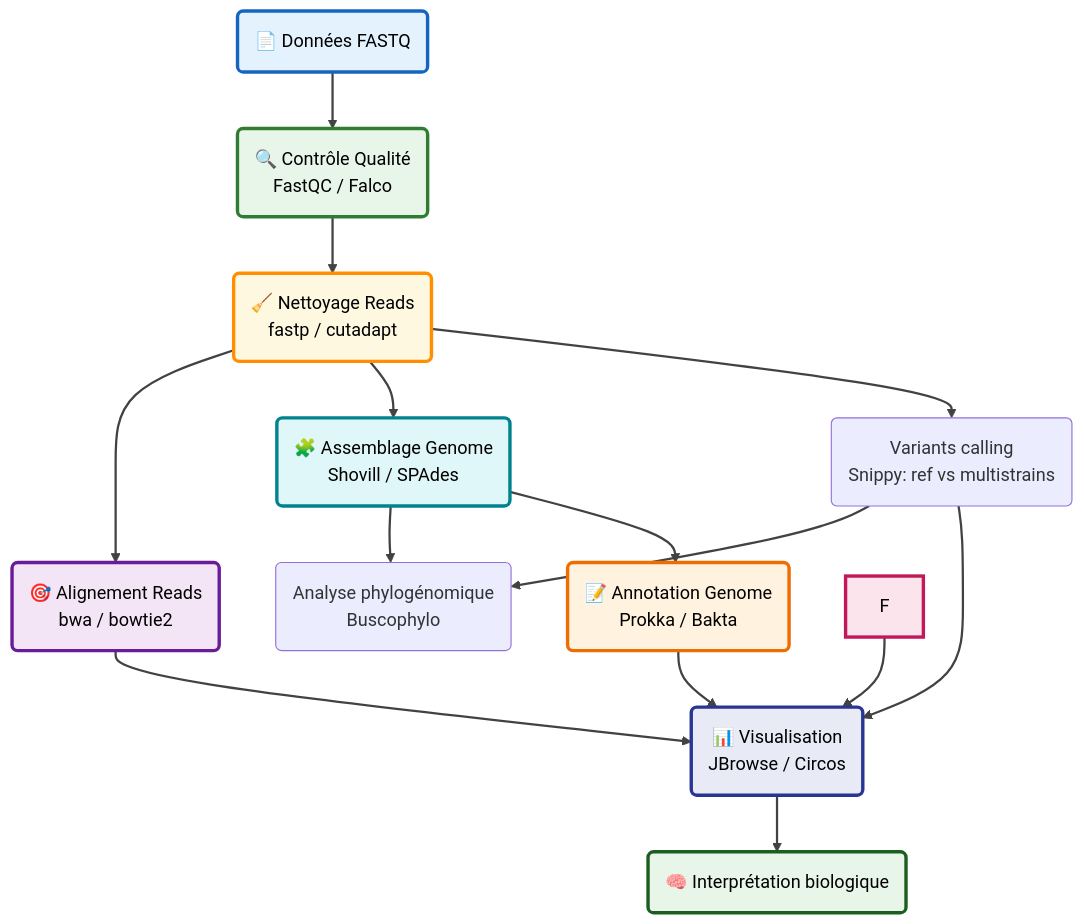
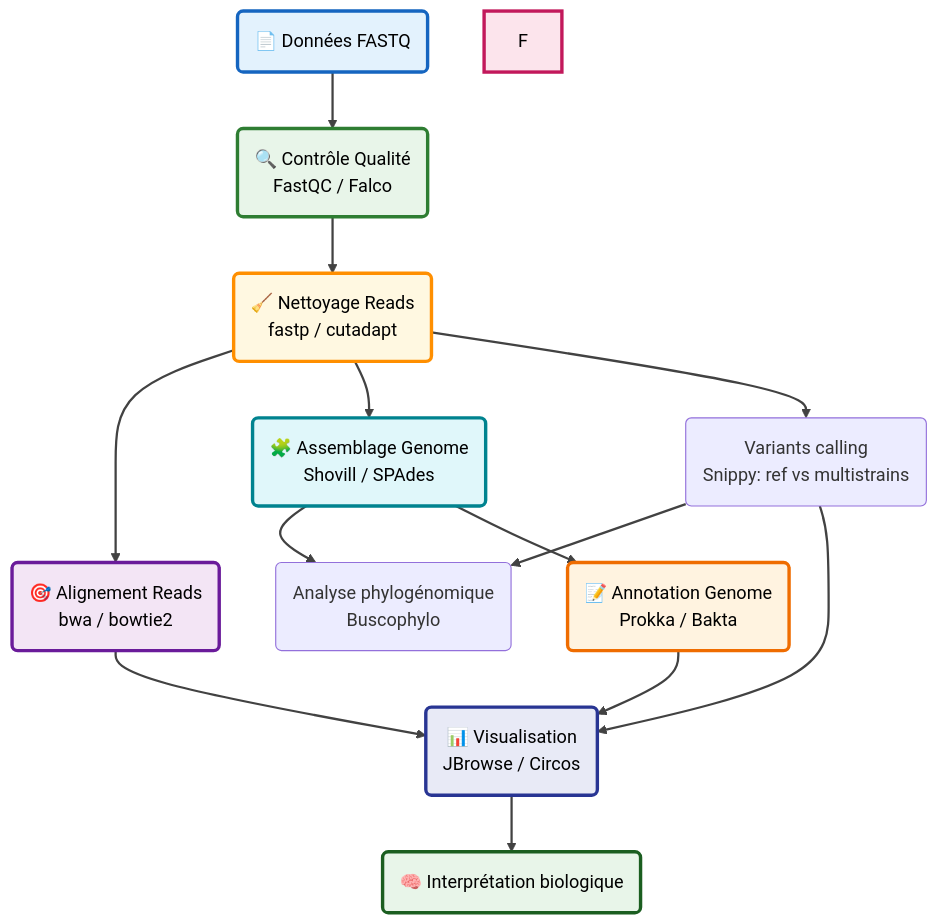
One commit to SolayMane/Bioinformatics-_On_Galaxy_2026 changed the first of 3 diagrams in Workshop_outline_ameliore.md. Above: the diagram before and after it, drawn with Mermaid.

````diff
--- a/Workshop_outline_ameliore.md
+++ b/Workshop_outline_ameliore.md
@@ -40,58 +40,57 @@
 ```mermaid
 flowchart TD
 
     A("📄 Données FASTQ")
     B("🔍 Contrôle Qualité<br/>FastQC / Falco")
     C("🧹 Nettoyage Reads<br/>fastp / cutadapt")
 
     D("🎯 Alignement Reads<br/>bwa / bowtie2")
     E("🧩 Assemblage Genome<br/>Shovill / SPAdes")
     X(" Variants calling<br/>Snippy: ref vs multistrains")
     Z("Analyse phylogénomique<br/>Buscophylo")
 
     
     
     G("📝 Annotation Genome<br/>Prokka / Bakta")
 
     H("📊 Visualisation<br/>JBrowse / Circos")
     I("🧠 Interprétation biologique")
 
     A --> B
     B --> C
 
     C --> D
     C --> E
     C --> X
     E --> Z
     X --> Z
     D --> H
     E --> G
     X --> H
-    F --> H
     G --> H
 
     H --> I
 
     %% =========================
     %% Couleurs des noeuds
     %% =========================
 
     style A fill:#e3f2fd,stroke:#1565c0,stroke-width:3px,color:#000
     style B fill:#e8f5e9,stroke:#2e7d32,stroke-width:3px,color:#000
     style C fill:#fff8e1,stroke:#ff8f00,stroke-width:3px,color:#000
 
     style D fill:#f3e5f5,stroke:#6a1b9a,stroke-width:3px,color:#000
     style E fill:#e0f7fa,stroke:#00838f,stroke-width:3px,color:#000
 
     style F fill:#fce4ec,stroke:#c2185b,stroke-width:3px,color:#000
     style G fill:#fff3e0,stroke:#ef6c00,stroke-width:3px,color:#000
 
     style H fill:#e8eaf6,stroke:#283593,stroke-width:3px,color:#000
     style I fill:#e8f5e9,stroke:#1b5e20,stroke-width:3px,color:#000
 
     %% =========================
     %% Style des liens
     %% =========================
 
     linkStyle default stroke:#424242,stroke-width:2px
 ```
````
